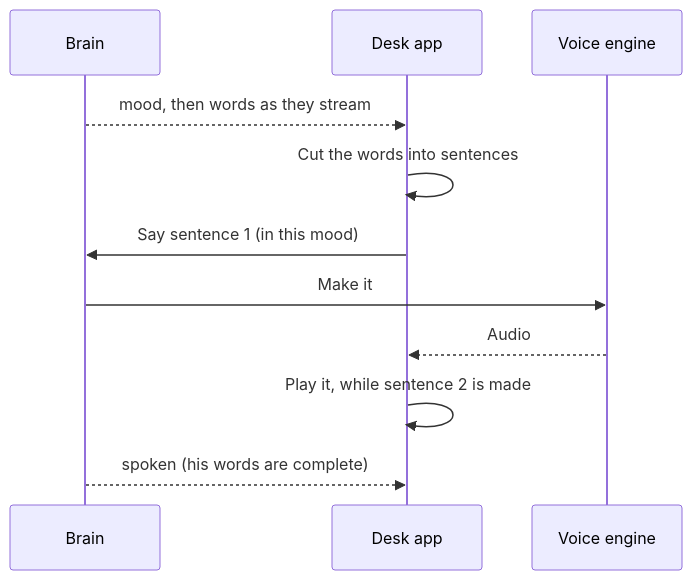
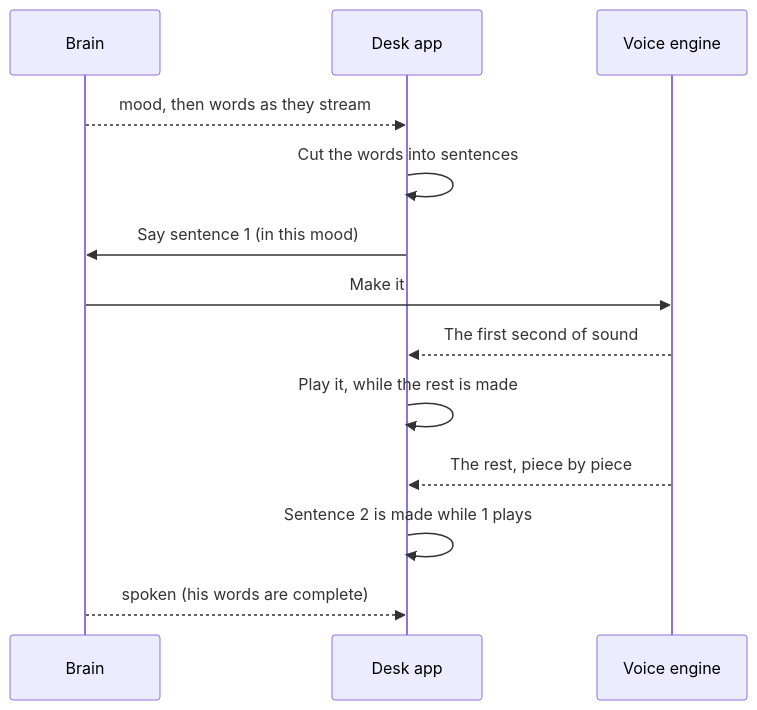
Before and after one commit to Senitage/Kit: the diagram in docs/2 How Kit Works/Voice.md, drawn with Mermaid. The commit also changed other lines of this file and 12 other files, not shown here.

````diff
--- a/docs/2 How Kit Works/Voice.md
+++ b/docs/2 How Kit Works/Voice.md
@@ -23,13 +25,15 @@
 ```mermaid
 sequenceDiagram
     participant Brain
     participant Desk as Desk app
     participant Engine as Voice engine
     Brain-->>Desk: mood, then words as they stream
     Desk->>Desk: Cut the words into sentences
     Desk->>Brain: Say sentence 1 (in this mood)
     Brain->>Engine: Make it
-    Engine-->>Desk: Audio
-    Desk->>Desk: Play it, while sentence 2 is made
+    Engine-->>Desk: The first second of sound
+    Desk->>Desk: Play it, while the rest is made
+    Engine-->>Desk: The rest, piece by piece
+    Desk->>Desk: Sentence 2 is made while 1 plays
     Brain-->>Desk: spoken (his words are complete)
 ```
````
